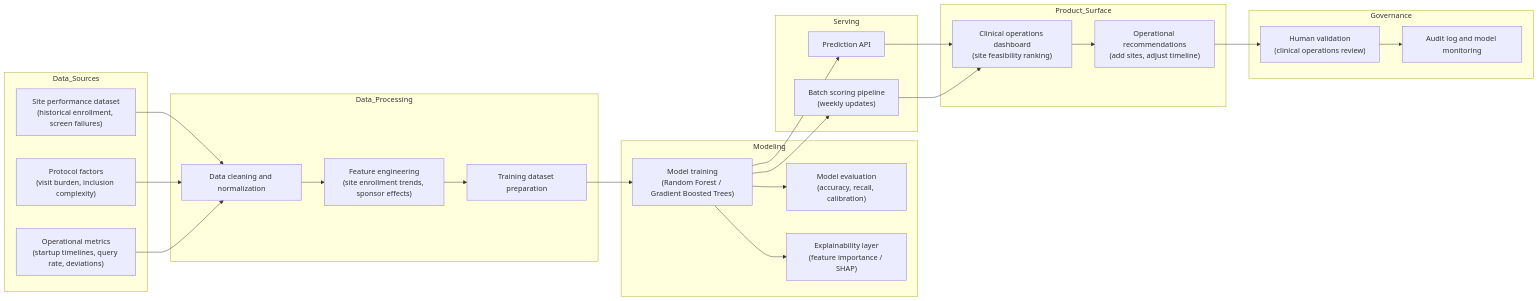
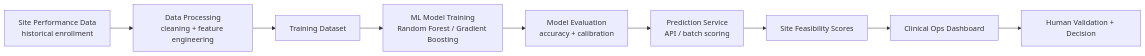
Before and after one commit to ninarden97-stack/AI-Clinical-Research-Projects: the diagram in AI-Clinical-Trial-Site-Feasibility-Predictor/architecture.md, drawn with Mermaid. The commit also changed other lines of this file, not shown here.

````diff
--- a/AI-Clinical-Trial-Site-Feasibility-Predictor/architecture.md
+++ b/AI-Clinical-Trial-Site-Feasibility-Predictor/architecture.md
@@ -5,58 +5,19 @@
 ```mermaid
 flowchart LR
 
-subgraph Data_Sources
-A["Site performance dataset<br/>(historical enrollment, screen failures)"]
-B["Protocol factors<br/>(visit burden, inclusion complexity)"]
-C["Operational metrics<br/>(startup timelines, query rate, deviations)"]
-end
+A[Site Performance Data<br/>historical enrollment] --> B[Data Processing<br/>cleaning + feature engineering]
 
-subgraph Data_Processing
-D["Data cleaning and normalization"]
-E["Feature engineering<br/>(site enrollment trends, sponsor effects)"]
-F["Training dataset preparation"]
-end
+B --> C[Training Dataset]
 
-subgraph Modeling
-G["Model training<br/>(Random Forest / Gradient Boosted Trees)"]
-H["Model evaluation<br/>(accuracy, recall, calibration)"]
-I["Explainability layer<br/>(feature importance / SHAP)"]
-end
+C --> D[ML Model Training<br/>Random Forest / Gradient Boosting]
 
-subgraph Serving
-J["Prediction API"]
-K["Batch scoring pipeline<br/>(weekly updates)"]
-end
+D --> E[Model Evaluation<br/>accuracy + calibration]
 
-subgraph Product_Surface
-L["Clinical operations dashboard<br/>(site feasibility ranking)"]
-M["Operational recommendations<br/>(add sites, adjust timeline)"]
-end
+E --> F[Prediction Service<br/>API / batch scoring]
 
-subgraph Governance
-N["Human validation<br/>(clinical operations review)"]
-O["Audit log and model monitoring"]
-end
+F --> G[Site Feasibility Scores]
 
-A --> D
-B --> D
-C --> D
+G --> H[Clinical Ops Dashboard]
 
-D --> E
-E --> F
-
-F --> G
-G --> H
-G --> I
-
-G --> J
-G --> K
-
-J --> L
-K --> L
-
-L --> M
-M --> N
-
-N --> O
+H --> I[Human Validation + Decision]
 ```
````
